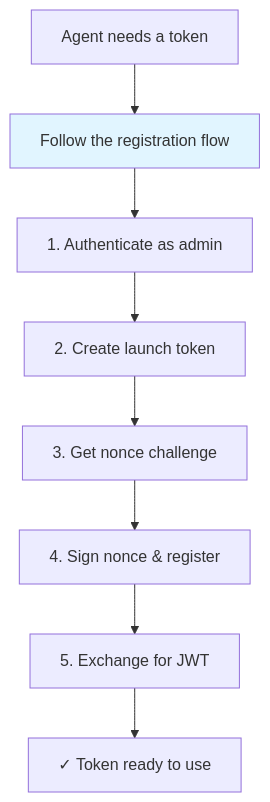
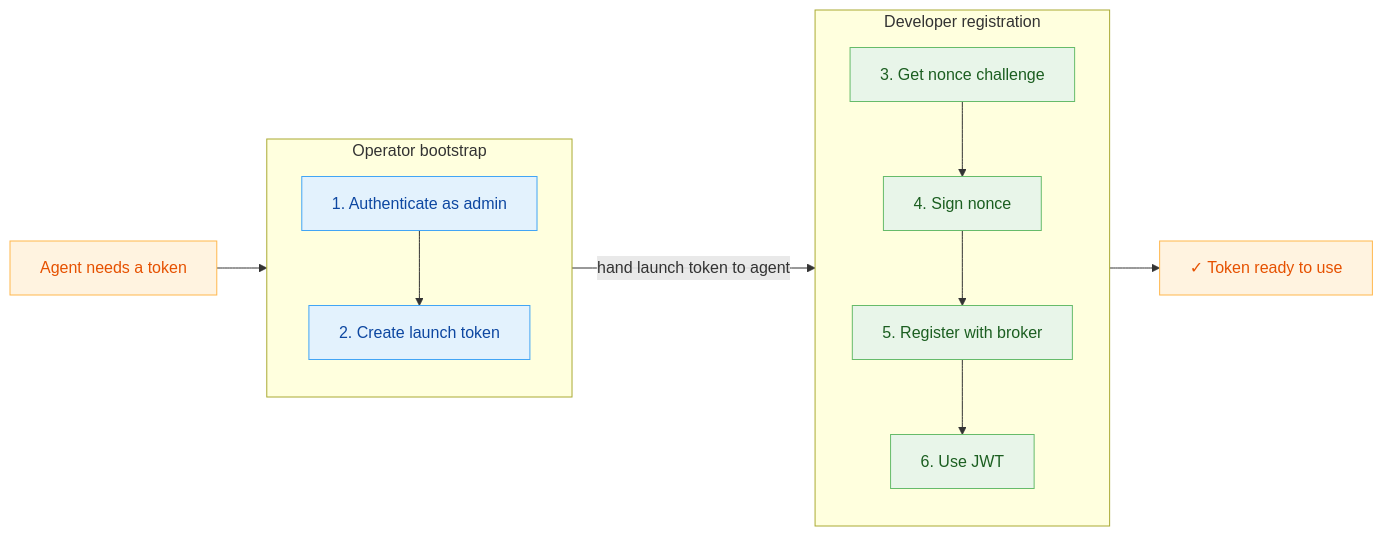
One commit to devonartis/agentwrit changed the diagram in docs/getting-started-user.md. Above: the diagram before and after it, drawn with Mermaid. The commit also changed other lines of this file and 6 other files, not shown here.

First line of the commit message:
docs: align public diagrams and add svg companion

````diff
--- a/docs/getting-started-user.md
+++ b/docs/getting-started-user.md
@@ -123,12 +127,32 @@
 ```mermaid
-flowchart TD
-    A["Agent needs a token"] --> B["Follow the registration flow"]
-    B --> B1["1. Authenticate as admin"]
-    B1 --> B2["2. Create launch token"]
-    B2 --> B3["3. Get nonce challenge"]
-    B3 --> B4["4. Sign nonce & register"]
-    B4 --> B5["5. Exchange for JWT"]
-    B5 --> C["✓ Token ready to use"]
+flowchart LR
+    Need["Agent needs a token"]
 
-    style B fill:#e1f5ff
+    subgraph Operator["Operator bootstrap"]
+        direction TB
+        O1["1. Authenticate as admin"]
+        O2["2. Create launch token"]
+        O1 --> O2
+    end
+
+    subgraph Developer["Developer registration"]
+        direction TB
+        D1["3. Get nonce challenge"]
+        D2["4. Sign nonce"]
+        D3["5. Register with broker"]
+        D4["6. Use JWT"]
+        D1 --> D2 --> D3 --> D4
+    end
+
+    Need --> O1
+    O2 -->|"hand launch token to agent"| D1
+    D4 --> Ready["✓ Token ready to use"]
+
+    classDef operator fill:#e3f2fd,stroke:#42a5f5,color:#0d47a1
+    classDef developer fill:#e8f5e9,stroke:#66bb6a,color:#1b5e20
+    classDef outcome fill:#fff3e0,stroke:#ffb74d,color:#e65100
+
+    class O1,O2 operator
+    class D1,D2,D3,D4 developer
+    class Need,Ready outcome
 ```
````
